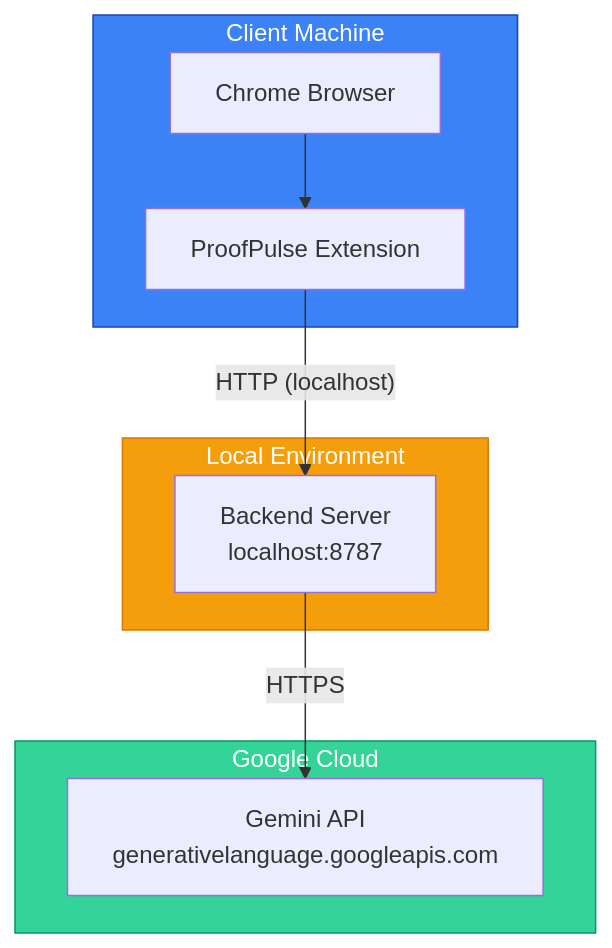
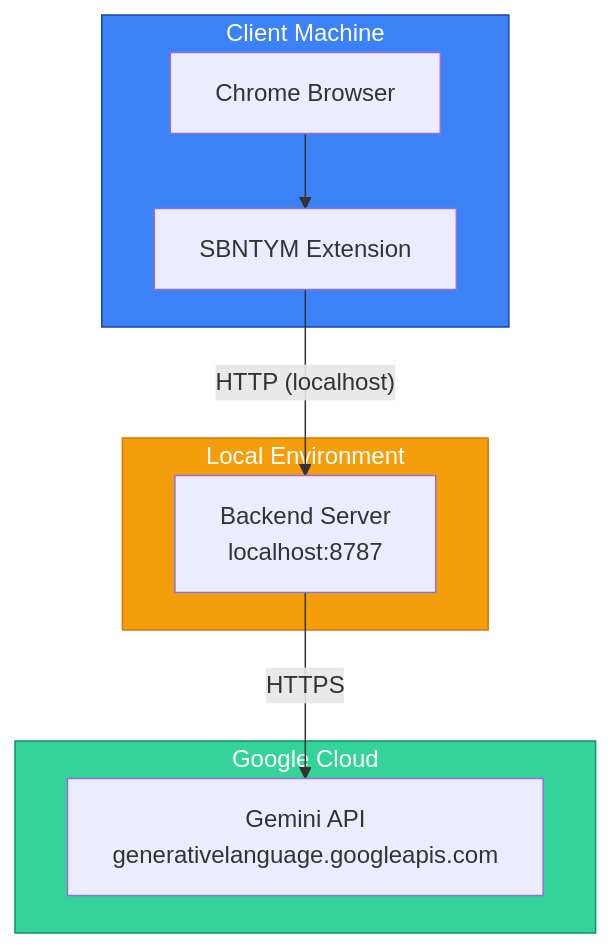
The seventh of 10 diagrams in Document/ARCHITECTURE.md (tonnguyen291/SBNTYM-SCAM_BAM_NO_THANK_YOU_MAAM-), drawn with Mermaid before and after one commit. The commit also changed other lines of this file and 8 other files, not shown here.

First line of the commit message:
Rebrand from ProofPulse to SBNTYM

````diff
--- a/Document/ARCHITECTURE.md
+++ b/Document/ARCHITECTURE.md
@@ -333,23 +333,23 @@
 ```mermaid
 graph TB
     subgraph Client["Client Machine"]
         Browser["Chrome Browser"]
-        Extension["ProofPulse Extension"]
+        Extension["SBNTYM Extension"]
     end
     
     subgraph Local["Local Environment"]
         Server["Backend Server<br/>localhost:8787"]
     end
     
     subgraph Cloud["Google Cloud"]
         Gemini["Gemini API<br/>generativelanguage.googleapis.com"]
     end
     
     Browser --> Extension
     Extension -->|"HTTP (localhost)"| Server
     Server -->|"HTTPS"| Gemini
     
     style Client fill:#3b82f6,stroke:#1e40af,color:#fff
     style Local fill:#f59e0b,stroke:#d97706,color:#fff
     style Cloud fill:#34d399,stroke:#059669,color:#fff
 ```
````
